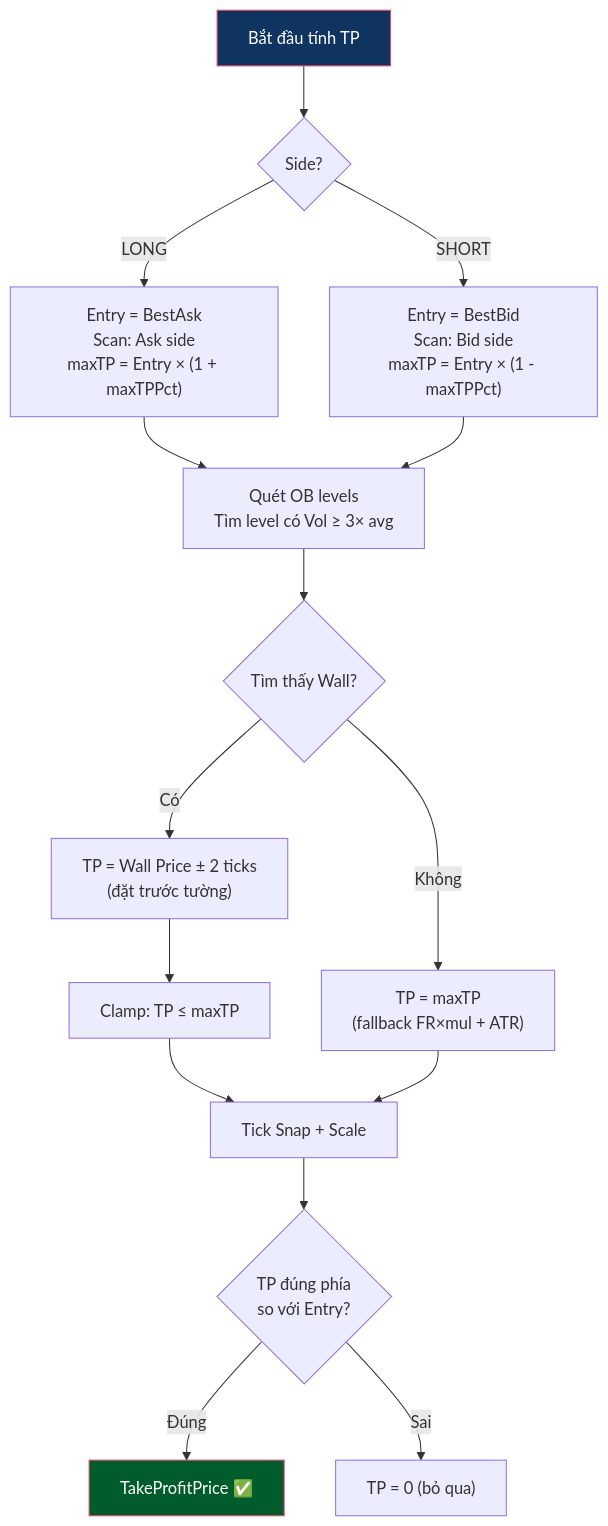
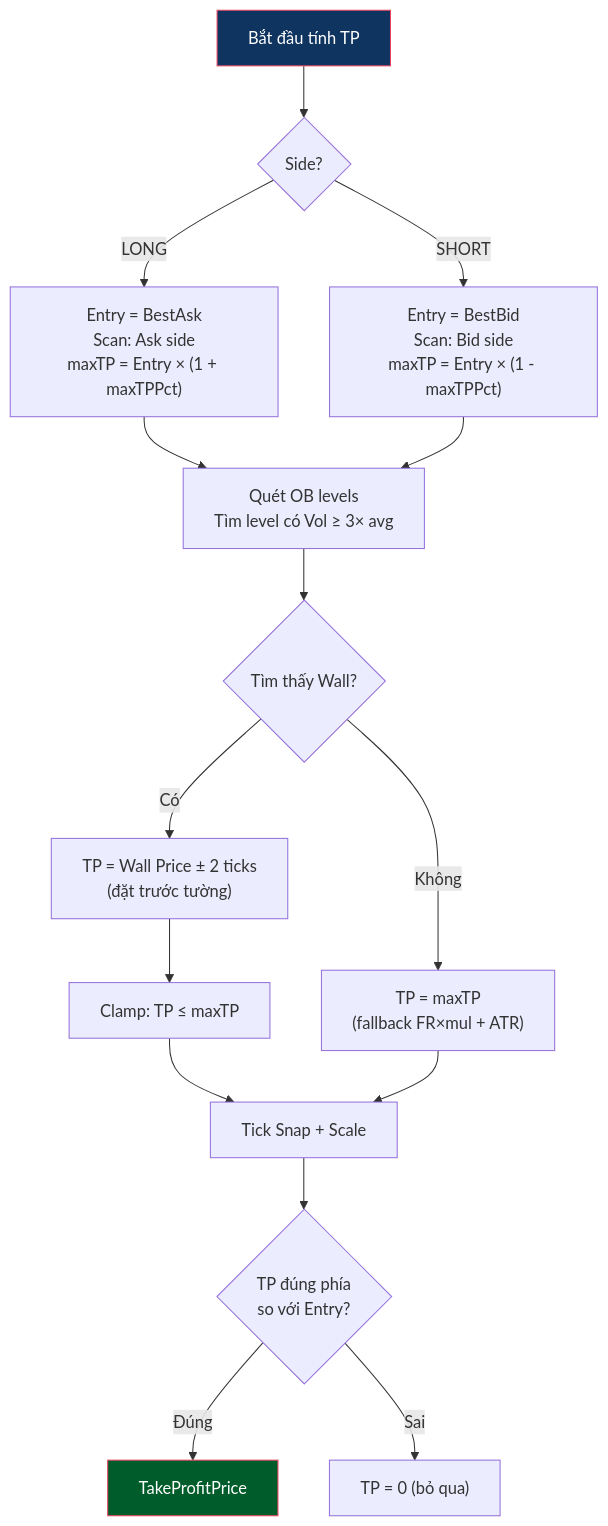
Before and after one commit to dangnmh/crypto-bot: the second of 2 diagrams in docs/business/funding/price_flow.md, drawn with Mermaid. The commit also changed other lines of this file and 42 other files, not shown here.

````diff
--- a/docs/business/funding/price_flow.md
+++ b/docs/business/funding/price_flow.md
@@ -66,27 +72,27 @@
 ```mermaid
 flowchart TD
     START2["Bắt đầu tính TP"] --> ENTRY{"Side?"}
 
     ENTRY -- "LONG" --> LONG_ENTRY["Entry = BestAsk<br/>Scan: Ask side<br/>maxTP = Entry × (1 + maxTPPct)"]
     ENTRY -- "SHORT" --> SHORT_ENTRY["Entry = BestBid<br/>Scan: Bid side<br/>maxTP = Entry × (1 - maxTPPct)"]
 
     LONG_ENTRY --> SCAN
     SHORT_ENTRY --> SCAN
 
     SCAN["Quét OB levels<br/>Tìm level có Vol ≥ 3× avg"] --> WALL{Tìm thấy Wall?}
 
     WALL -- "Có" --> SNAP["TP = Wall Price ± 2 ticks<br/>(đặt trước tường)"]
     SNAP --> CLAMP["Clamp: TP ≤ maxTP"]
 
     WALL -- "Không" --> FALLBACK["TP = maxTP<br/>(fallback FR×mul + ATR)"]
 
     CLAMP --> TICK["Tick Snap + Scale"]
     FALLBACK --> TICK
 
     TICK --> SANITY{"TP đúng phía<br/>so với Entry?"}
-    SANITY -- "Đúng" --> TP_DONE["TakeProfitPrice ✅"]
+    SANITY -- "Đúng" --> TP_DONE["TakeProfitPrice"]
     SANITY -- "Sai" --> TP_ZERO["TP = 0 (bỏ qua)"]
 
     style START2 fill:#0f3460,stroke:#e94560,color:#fff
     style TP_DONE fill:#005c2a,stroke:#e94560,color:#fff
 ```
````
